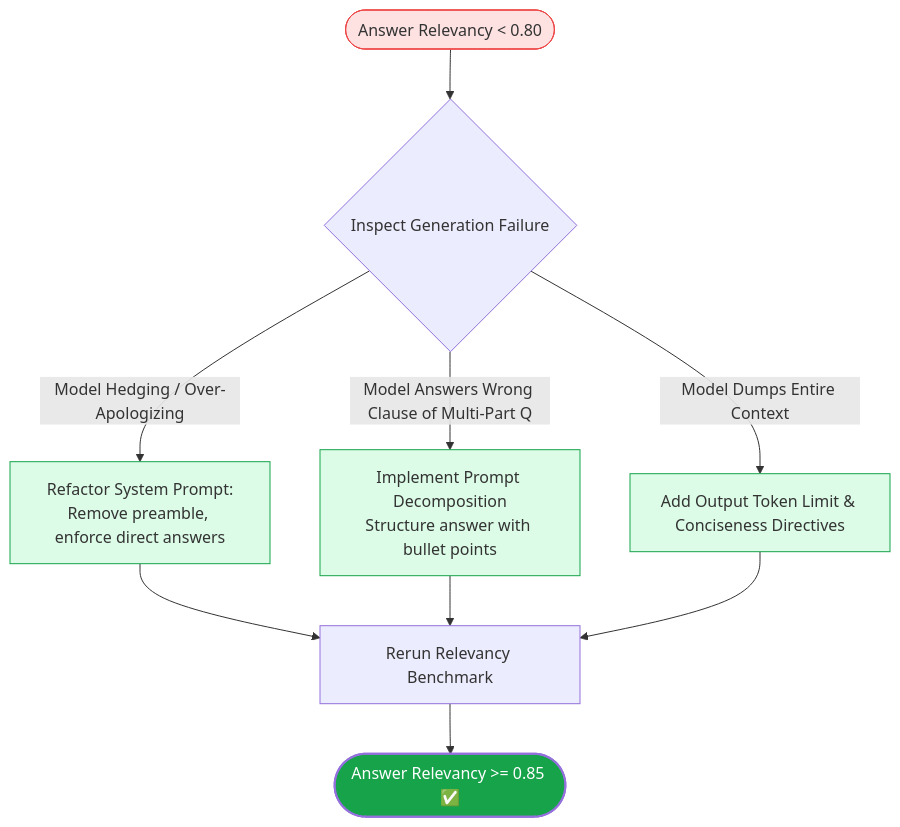
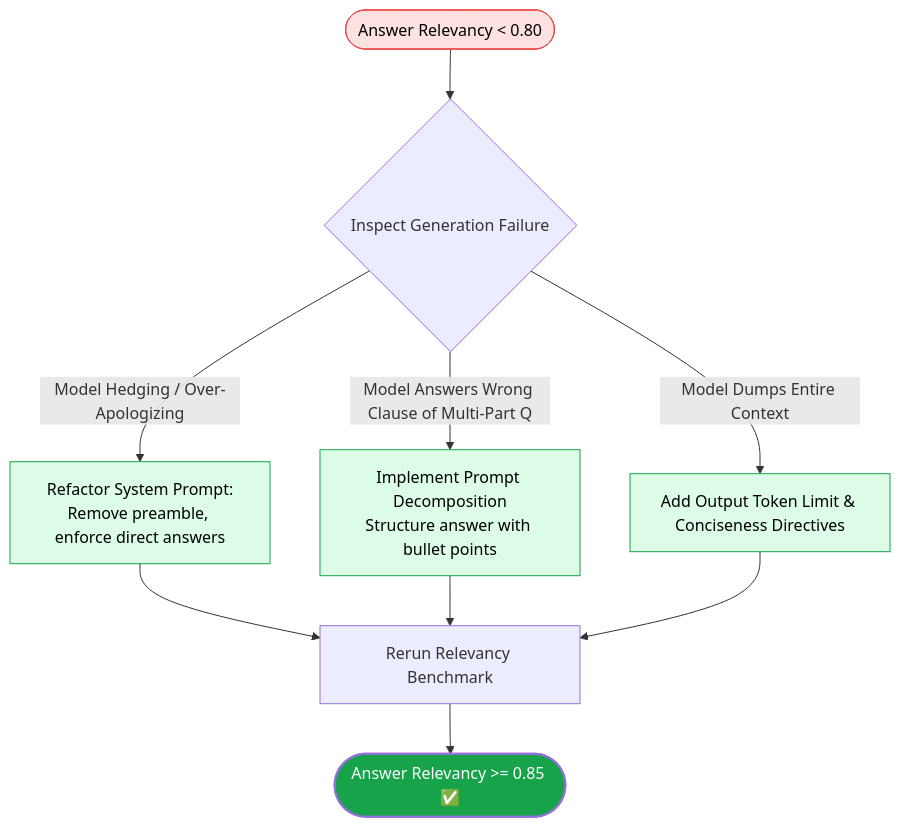
Before and after one commit to swapnil3104/RAG-Engineering: the third of 3 diagrams in 08-RAG-Evaluation-and-Optimization/Answer-Relevancy.md, drawn with Mermaid. The commit also changed other lines of this file and 108 other files, not shown here.

Commit message:
fix: make chart text visible across all Mermaid diagrams and resolve markdown table formatting issues

````diff
--- a/08-RAG-Evaluation-and-Optimization/Answer-Relevancy.md
+++ b/08-RAG-Evaluation-and-Optimization/Answer-Relevancy.md
@@ -417,19 +417,19 @@
 ```mermaid
 flowchart TD
     Start([Answer Relevancy < 0.80]) --> Inspect{"Inspect Generation Failure"}
 
     Inspect -->|"Model Hedging / Over-Apologizing"| Fix1["Refactor System Prompt:<br/>Remove preamble, enforce direct answers"]
     Inspect -->|"Model Answers Wrong Clause of Multi-Part Q"| Fix2["Implement Prompt Decomposition<br/>Structure answer with bullet points"]
     Inspect -->|"Model Dumps Entire Context"| Fix3["Add Output Token Limit & Conciseness Directives"]
 
     Fix1 --> Retest[Rerun Relevancy Benchmark]
     Fix2 --> Retest
     Fix3 --> Retest
     Retest --> Passed([Answer Relevancy >= 0.85 ✅])
 
-    style Start fill:#fee2e2,stroke:#ef4444
-    style Fix1 fill:#dcfce7,stroke:#16a34a
-    style Fix2 fill:#dcfce7,stroke:#16a34a
-    style Fix3 fill:#dcfce7,stroke:#16a34a
+    style Start fill:#fee2e2,stroke:#ef4444,color:#000000
+    style Fix1 fill:#dcfce7,stroke:#16a34a,color:#000000
+    style Fix2 fill:#dcfce7,stroke:#16a34a,color:#000000
+    style Fix3 fill:#dcfce7,stroke:#16a34a,color:#000000
     style Passed fill:#16a34a,color:#ffffff,stroke-width:2px
 ```
````
